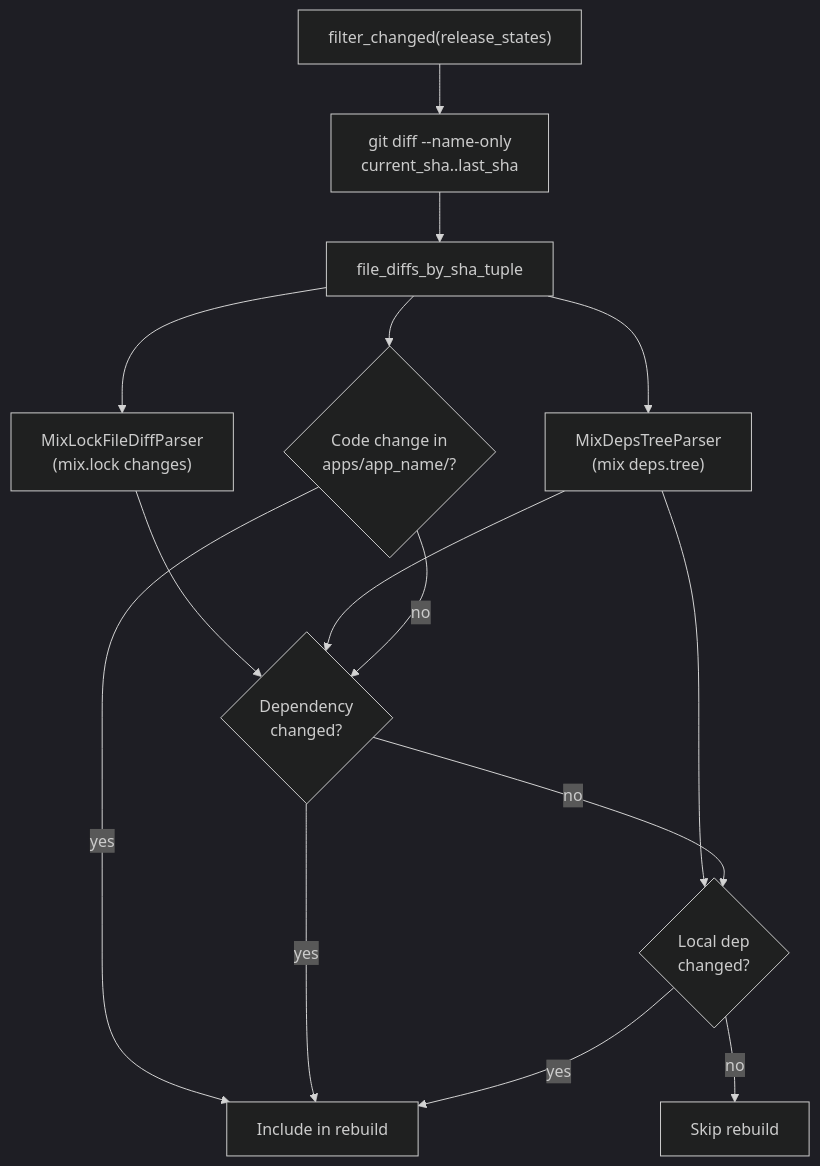
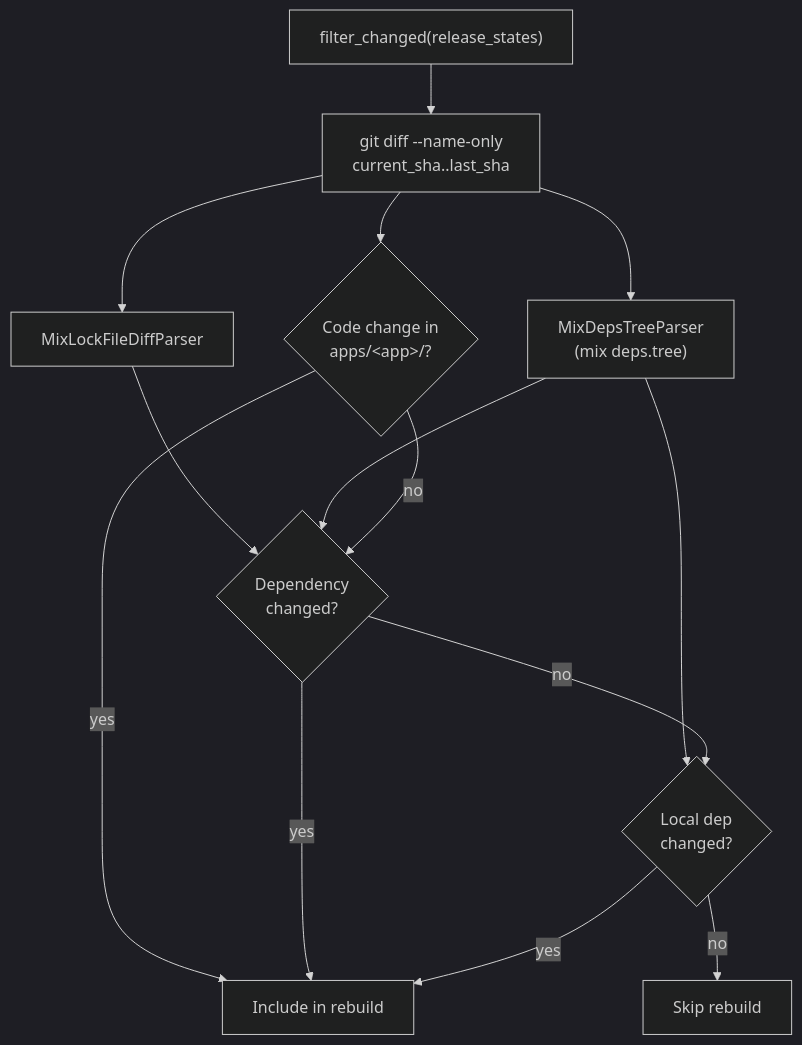
One commit to MikaAK/deploy_ex changed the fifth of 8 diagrams in guides/explanation/architecture.md. Above: the diagram before and after it, drawn with Mermaid (dark theme). The commit also changed other lines of this file and 19 other files, not shown here.

````diff
--- a/guides/explanation/architecture.md
+++ b/guides/explanation/architecture.md
@@ -113,28 +162,26 @@
 ```mermaid
 flowchart TD
     Start["filter_changed(release_states)"]
-    GitDiff["git diff --name-only\ncurrent_sha..last_sha"]
-    FileDiffs["file_diffs_by_sha_tuple"]
-    LockDiff["MixLockFileDiffParser\n(mix.lock changes)"]
-    DepTree["MixDepsTreeParser\n(mix deps.tree)"]
-    CodeChange{"Code change in\napps/app_name/?"}
-    DepChange{"Dependency\nchanged?"}
-    LocalDep{"Local dep\nchanged?"}
+    GitDiff["git diff --name-only<br/>current_sha..last_sha"]
+    LockDiff["MixLockFileDiffParser"]
+    DepTree["MixDepsTreeParser<br/>(mix deps.tree)"]
+    CodeChange{"Code change in<br/>apps/&lt;app&gt;/?"}
+    DepChange{"Dependency<br/>changed?"}
+    LocalDep{"Local dep<br/>changed?"}
     Rebuild["Include in rebuild"]
     Skip["Skip rebuild"]
 
     Start --> GitDiff
-    GitDiff --> FileDiffs
-    FileDiffs --> LockDiff
-    FileDiffs --> DepTree
-    FileDiffs --> CodeChange
+    GitDiff --> LockDiff
+    GitDiff --> DepTree
+    GitDiff --> CodeChange
     LockDiff --> DepChange
     DepTree --> DepChange
     DepTree --> LocalDep
     CodeChange -->|yes| Rebuild
     DepChange -->|yes| Rebuild
     LocalDep -->|yes| Rebuild
     CodeChange -->|no| DepChange
     DepChange -->|no| LocalDep
     LocalDep -->|no| Skip
 ```
````
